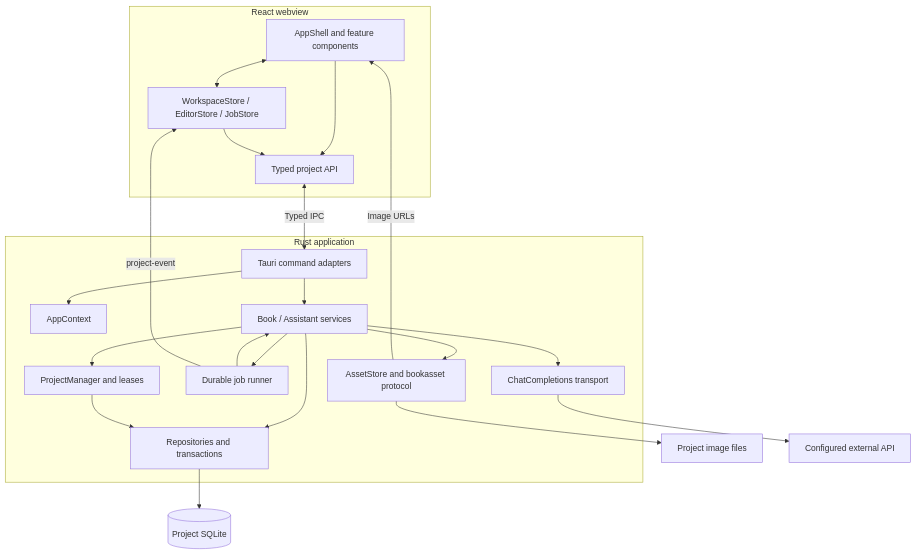
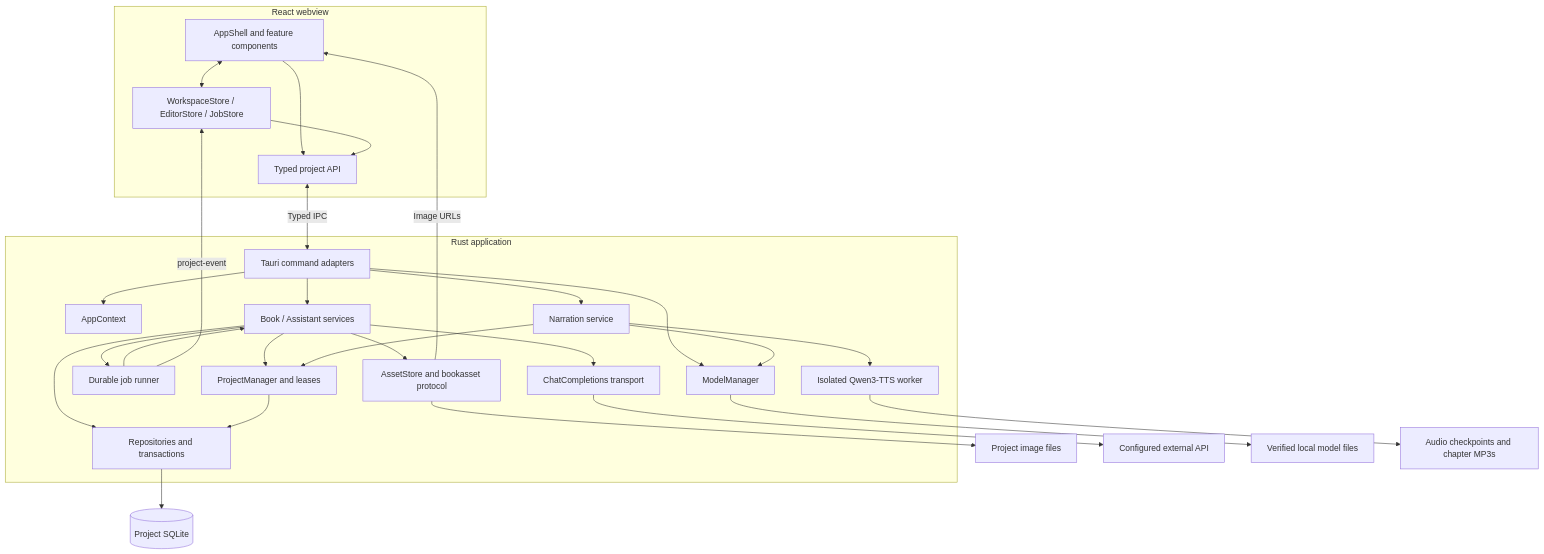
The first of 5 diagrams in docs/ARCHITECTURE.md (umount/book-converter), drawn with Mermaid before and after one commit. The commit also changed other lines of this file and 5 other files, not shown here.

Commit message:
docs: align narration workflows and architecture with implementation

````diff
--- a/docs/ARCHITECTURE.md
+++ b/docs/ARCHITECTURE.md
@@ -9,36 +9,46 @@
 ```mermaid
 flowchart TB
     subgraph Frontend[React webview]
         UI[AppShell and feature components]
         State[WorkspaceStore / EditorStore / JobStore]
         API[Typed project API]
         UI <--> State
         UI --> API
         State --> API
     end
     subgraph Backend[Rust application]
         IPC[Tauri command adapters]
         Context[AppContext]
         Services[Book / Assistant services]
         Manager[ProjectManager and leases]
         Jobs[Durable job runner]
         Storage[Repositories and transactions]
         Assets[AssetStore and bookasset protocol]
         AI[ChatCompletions transport]
+        Narration[Narration service]
+        Models[ModelManager]
+        Speech[Isolated Qwen3-TTS worker]
         IPC --> Context
         IPC --> Services
         Services --> Manager
         Services --> Jobs
         Services --> Storage
         Jobs --> Services
         Manager --> Storage
         Services --> Assets
         Services --> AI
+        IPC --> Narration
+        IPC --> Models
+        Narration --> Manager
+        Narration --> Models
+        Narration --> Speech
     end
     API <-->|Typed IPC| IPC
     Jobs -->|project-event| State
     Storage --> DB[(Project SQLite)]
     Assets --> Files[Project image files]
     Assets -->|Image URLs| UI
     AI --> Provider[Configured external API]
+    Models --> Weights[Verified local model files]
+    Speech --> Audio[Audio checkpoints and chapter MP3s]
 ```
````
